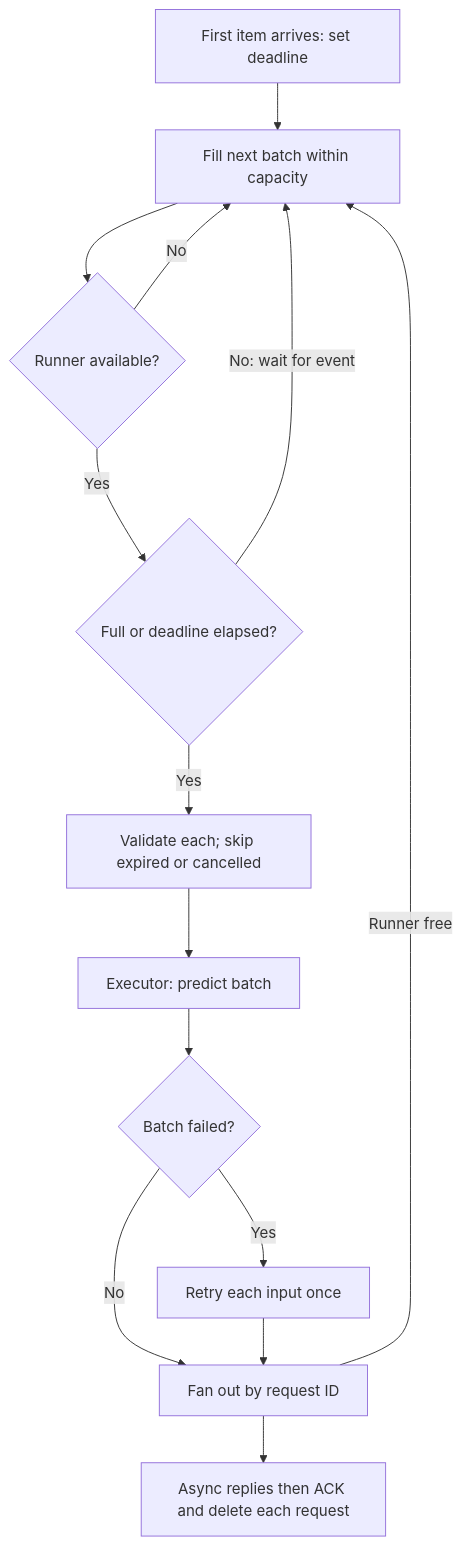
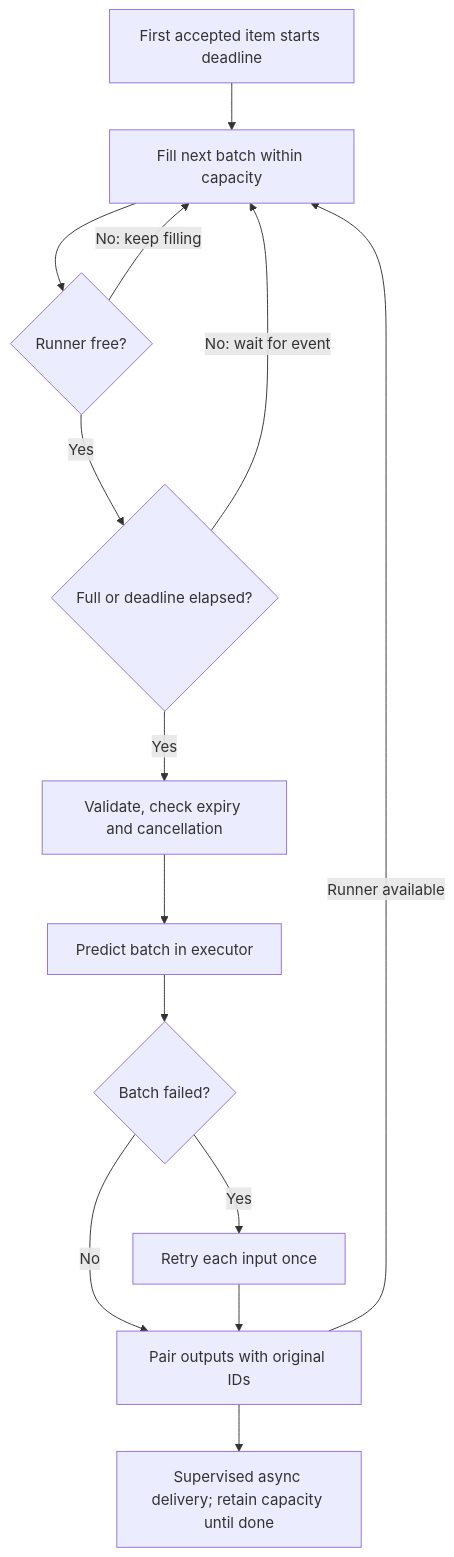
The fourth of 5 diagrams in docs/ARCHITECTURE.md (aashikazim/distributed-ml-Inference), drawn with Mermaid before and after one commit. The commit also changed other lines of this file and 15 other files, not shown here.

````diff
--- a/docs/ARCHITECTURE.md
+++ b/docs/ARCHITECTURE.md
@@ -121,16 +110,16 @@
 ```mermaid
 flowchart TD
-    A[First item arrives: set deadline] --> B[Fill next batch within capacity]
-    B --> C{Runner available?}
-    C -->|No| B
+    A[First accepted item starts deadline] --> B[Fill next batch within capacity]
+    B --> C{Runner free?}
+    C -->|No: keep filling| B
     C -->|Yes| D{Full or deadline elapsed?}
     D -->|No: wait for event| B
-    D -->|Yes| E[Validate each; skip expired or cancelled]
-    E --> F[Executor: predict batch]
+    D -->|Yes| E[Validate, check expiry and cancellation]
+    E --> F[Predict batch in executor]
     F --> G{Batch failed?}
     G -->|Yes| H[Retry each input once]
-    G -->|No| I[Fan out by request ID]
+    G -->|No| I[Pair outputs with original IDs]
     H --> I
-    I -->|Runner free| B
-    I --> J[Async replies then ACK and delete each request]
+    I -->|Runner available| B
+    I --> J[Supervised async delivery; retain capacity until done]
 ```
````
